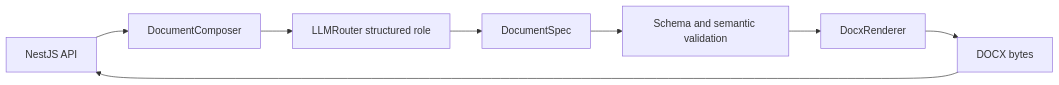
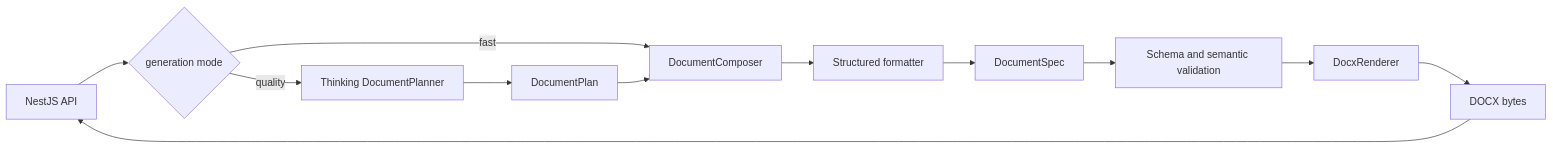
The diagram in docs/architecture/document-generation.md (tubalong/cees_ai), drawn with Mermaid before and after one commit. The commit also changed other lines of this file and 21 other files, not shown here.

````diff
--- a/docs/architecture/document-generation.md
+++ b/docs/architecture/document-generation.md
@@ -15,10 +15,14 @@
 ```mermaid
 flowchart LR
-  API[NestJS API] --> C[DocumentComposer]
-  C --> R[LLMRouter structured role]
+  API[NestJS API] --> M{generation mode}
+  M -->|fast| C[DocumentComposer]
+  M -->|quality| P[Thinking DocumentPlanner]
+  P --> DP[DocumentPlan]
+  DP --> C
+  C --> R[Structured formatter]
   R --> S[DocumentSpec]
   S --> V[Schema and semantic validation]
   V --> D[DocxRenderer]
   D --> B[DOCX bytes]
   B --> API
 ```
````
